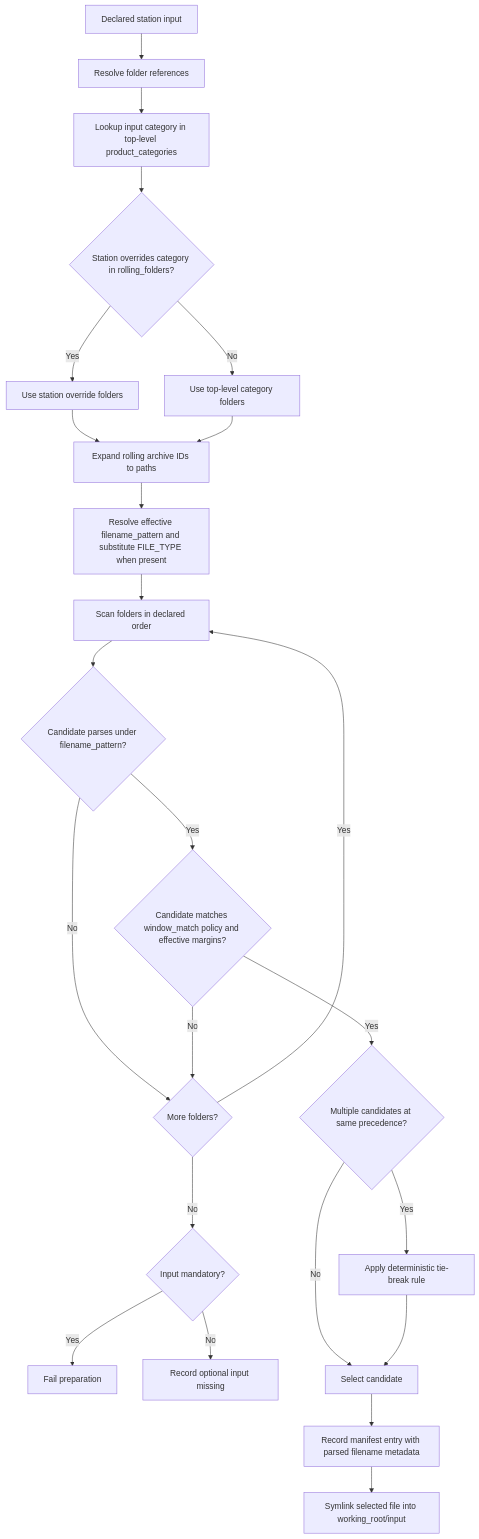
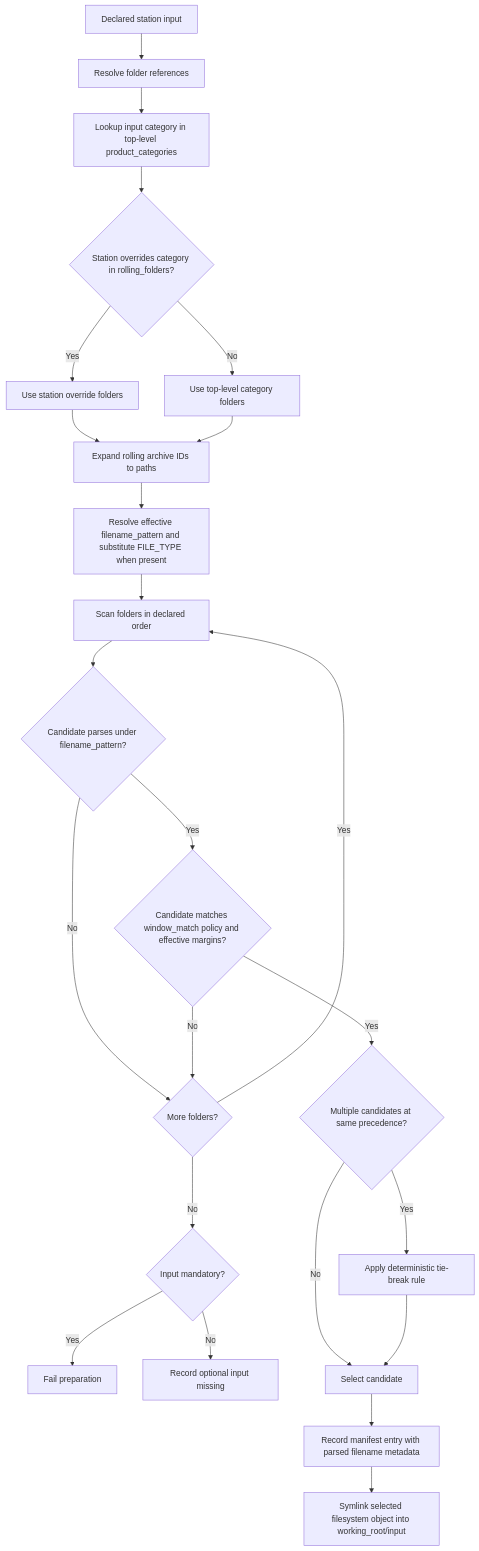
Before and after one commit to GoBobr/veriproc: the first of 5 diagrams in docs/specs/2.system_architecture.md, drawn with Mermaid. The commit also changed other lines of this file and 6 other files, not shown here.

````diff
--- a/docs/specs/2.system_architecture.md
+++ b/docs/specs/2.system_architecture.md
@@ -395,26 +396,26 @@
 ```mermaid
 flowchart TD
   A[Declared station input] --> B[Resolve folder references]
   B --> C[Lookup input category in top-level product_categories]
   C --> D{Station overrides category in rolling_folders?}
   D -- Yes --> E[Use station override folders]
   D -- No --> F[Use top-level category folders]
   E --> G[Expand rolling archive IDs to paths]
   F --> G
   G --> H[Resolve effective filename_pattern and substitute FILE_TYPE when present]
   H --> I[Scan folders in declared order]
   I --> J{Candidate parses under filename_pattern?}
   J -- No --> K{More folders?}
   K -- Yes --> I
   K -- No --> L{Input mandatory?}
   L -- Yes --> M[Fail preparation]
   L -- No --> N[Record optional input missing]
   J -- Yes --> O{Candidate matches window_match policy and effective margins?}
   O -- No --> K
   O -- Yes --> P{Multiple candidates at same precedence?}
   P -- No --> Q[Select candidate]
   P -- Yes --> R[Apply deterministic tie-break rule]
   R --> Q
   Q --> S[Record manifest entry with parsed filename metadata]
-  S --> T[Symlink selected file into working_root/input]
+  S --> T[Symlink selected filesystem object into working_root/input]
 ```
````
